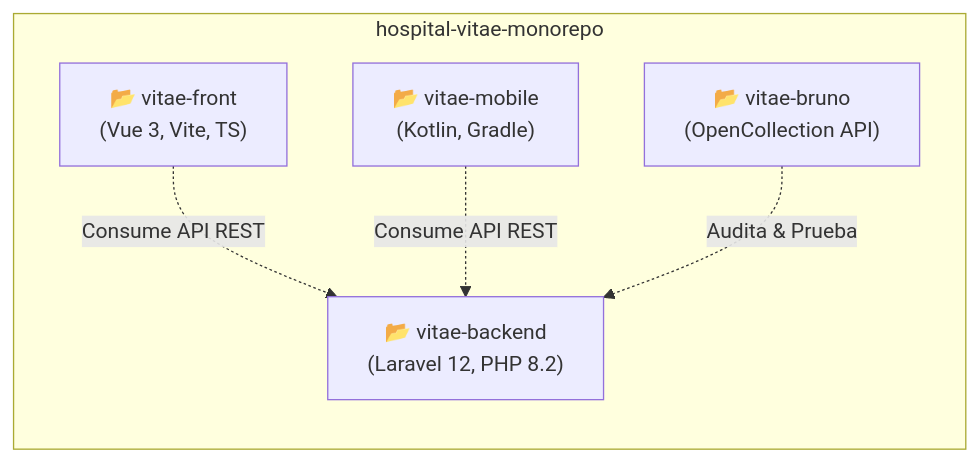
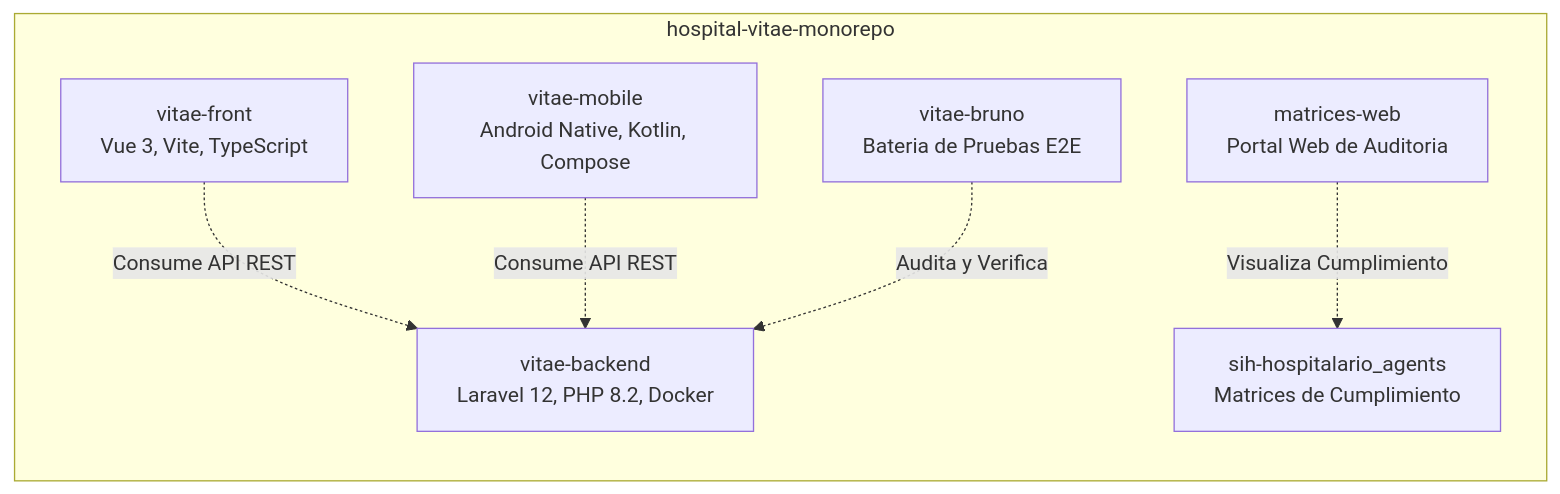
Before and after one commit to Coria322/hospital-vitae-monorepo: the third of 3 diagrams in README.md, drawn with Mermaid. The commit also changed other lines of this file and 6 other files, not shown here.

````diff
--- a/README.md
+++ b/README.md
@@ -75,14 +100,17 @@
 ```mermaid
 graph LR
-    subgraph Monorepo ["hospital-vitae-monorepo"]
+    subgraph Monorepo [hospital-vitae-monorepo]
         direction TB
-        F["📂 vitae-front<br/>(Vue 3, Vite, TS)"]
-        B["📂 vitae-backend<br/>(Laravel 12, PHP 8.2)"]
-        M["📂 vitae-mobile<br/>(Kotlin, Gradle)"]
-        T["📂 vitae-bruno<br/>(OpenCollection API)"]
+        F[vitae-front<br/>Vue 3, Vite, TypeScript]
+        B[vitae-backend<br/>Laravel 12, PHP 8.2, Docker]
+        M[vitae-mobile<br/>Android Native, Kotlin, Compose]
+        T[vitae-bruno<br/>Bateria de Pruebas E2E]
+        A[sih-hospitalario_agents<br/>Matrices de Cumplimiento]
+        W[matrices-web<br/>Portal Web de Auditoria]
     end
 
     F -.->|Consume API REST| B
     M -.->|Consume API REST| B
-    T -.->|Audita & Prueba| B
+    T -.->|Audita y Verifica| B
+    W -.->|Visualiza Cumplimiento| A
 ```
````
